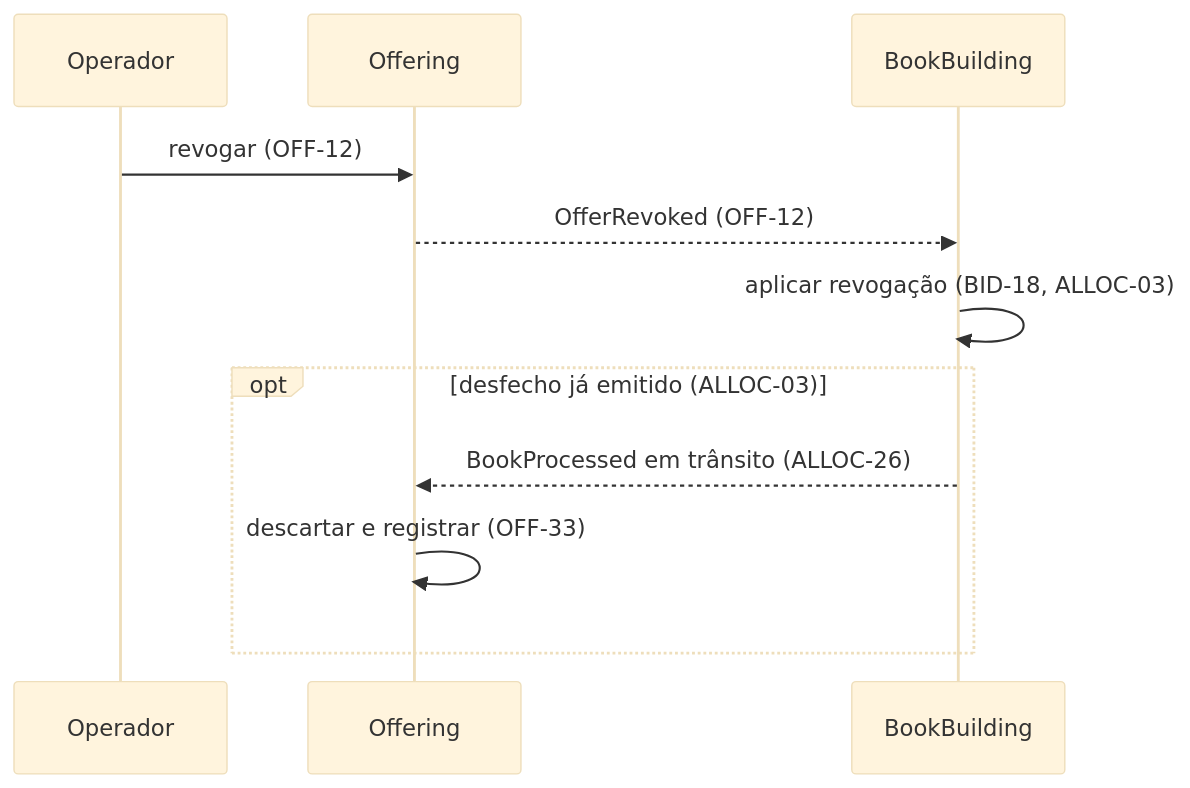
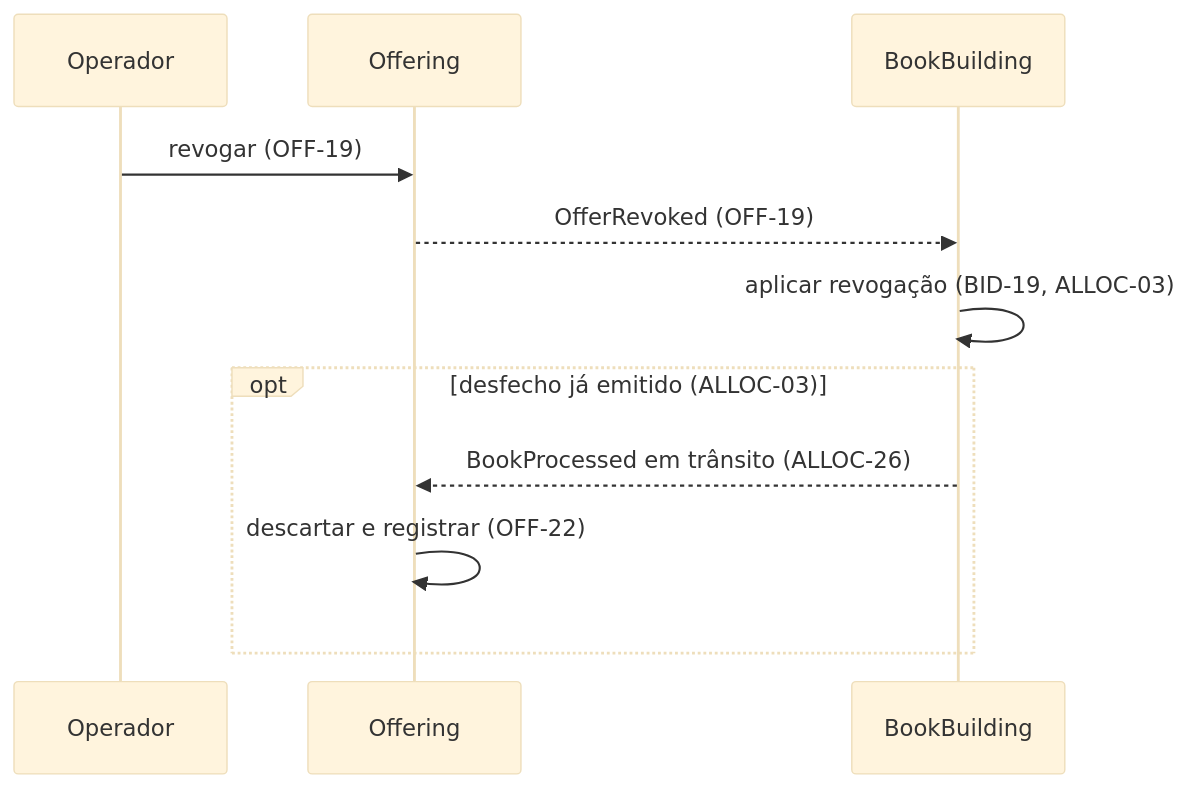
One commit to guilhermesalvi/fund-distribution-platform changed the third of 3 diagrams in docs/specs/offer-lifecycle/spec.md. Above: the diagram before and after it, drawn with Mermaid (base theme). The commit also changed other lines of this file and 2 other files, not shown here.

````diff
--- a/docs/specs/offer-lifecycle/spec.md
+++ b/docs/specs/offer-lifecycle/spec.md
@@ -176,13 +176,13 @@
 ```mermaid
 sequenceDiagram
     participant Operador
     participant Offering
     participant BookBuilding
-    Operador->>Offering: revogar (OFF-12)
-    Offering-->>BookBuilding: OfferRevoked (OFF-12)
-    BookBuilding->>BookBuilding: aplicar revogação (BID-18, ALLOC-03)
+    Operador->>Offering: revogar (OFF-19)
+    Offering-->>BookBuilding: OfferRevoked (OFF-19)
+    BookBuilding->>BookBuilding: aplicar revogação (BID-19, ALLOC-03)
     opt desfecho já emitido (ALLOC-03)
         BookBuilding-->>Offering: BookProcessed em trânsito (ALLOC-26)
-        Offering->>Offering: descartar e registrar (OFF-33)
+        Offering->>Offering: descartar e registrar (OFF-22)
     end
 ```
````
